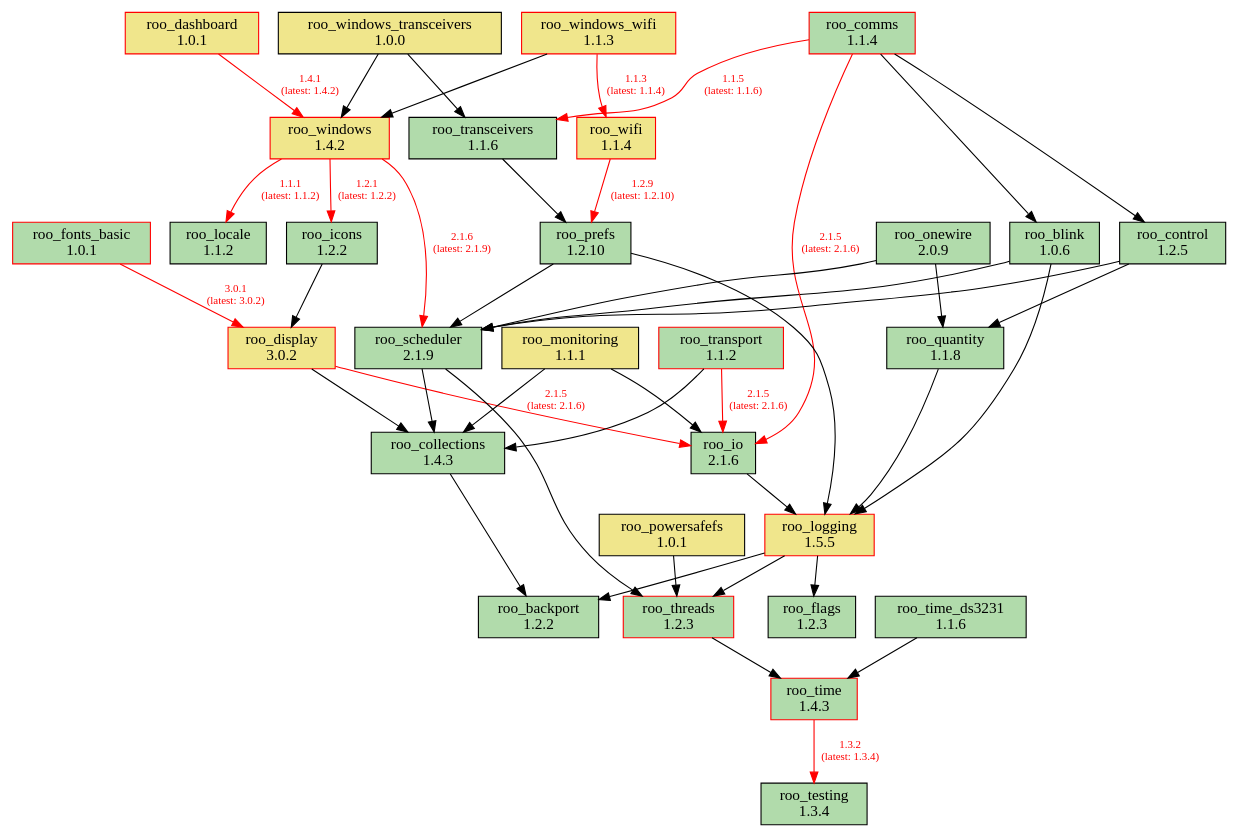
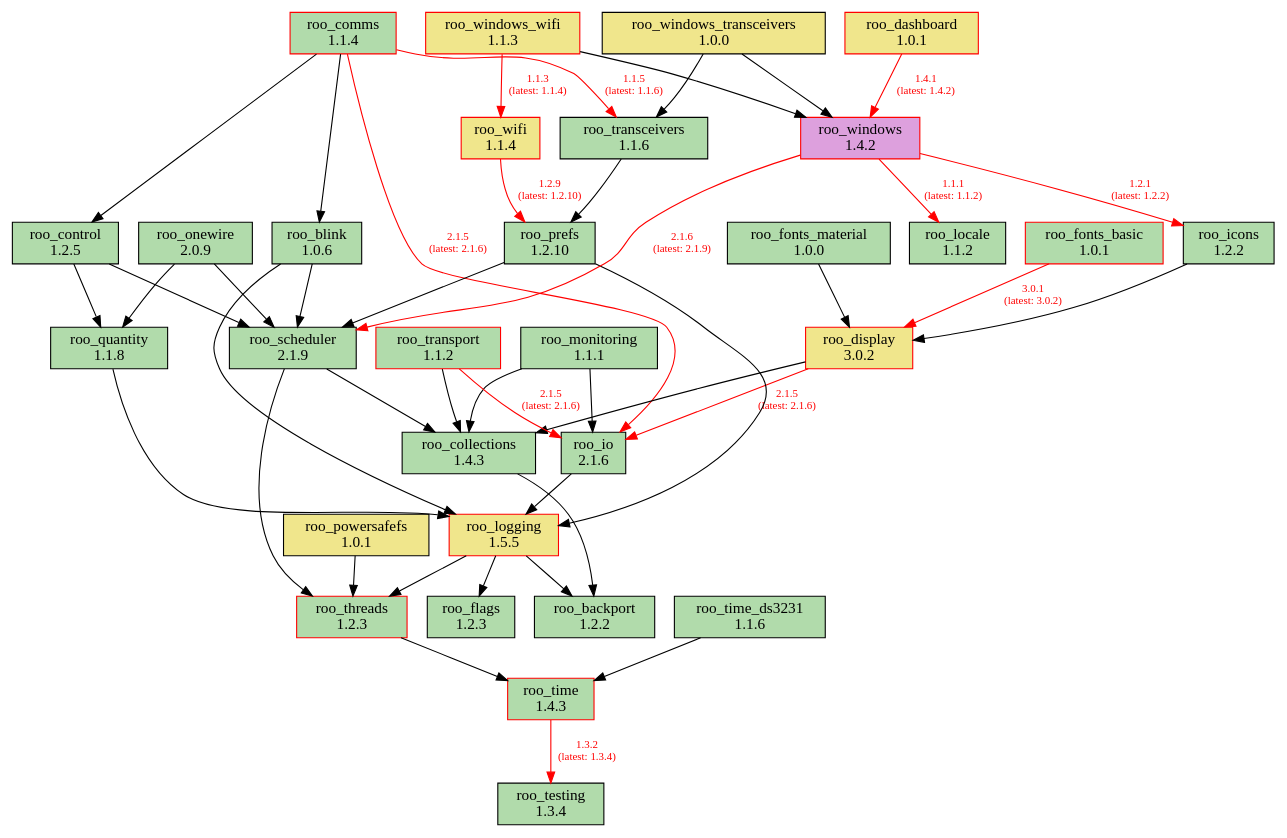
One commit to dejwk/roo-registry changed the diagram in doc/dependencies.dot. Above: the diagram before and after it, drawn with Graphviz. The commit also changed 3 other files, not shown here.

Commit message:
Added roo_fonts_material 1.0.0 to the registry.

```diff
--- a/doc/dependencies.dot
+++ b/doc/dependencies.dot
@@ -1,80 +1,82 @@
 digraph dependencies {
     rankdir=TB;
     node [shape=box, style=filled];
     edge [fontsize=10];
 
     // Modules
     "roo_backport" [label="roo_backport\n1.2.2", fillcolor="#b1dbab", color="black"];
     "roo_blink" [label="roo_blink\n1.0.6", fillcolor="#b1dbab", color="black"];
     "roo_collections" [label="roo_collections\n1.4.3", fillcolor="#b1dbab", color="black"];
     "roo_comms" [label="roo_comms\n1.1.4", fillcolor="#b1dbab", color="red"];
     "roo_control" [label="roo_control\n1.2.5", fillcolor="#b1dbab", color="black"];
     "roo_dashboard" [label="roo_dashboard\n1.0.1", fillcolor="khaki", color="red"];
     "roo_display" [label="roo_display\n3.0.2", fillcolor="khaki", color="red"];
     "roo_flags" [label="roo_flags\n1.2.3", fillcolor="#b1dbab", color="black"];
     "roo_fonts_basic" [label="roo_fonts_basic\n1.0.1", fillcolor="#b1dbab", color="red"];
+    "roo_fonts_material" [label="roo_fonts_material\n1.0.0", fillcolor="#b1dbab", color="black"];
     "roo_icons" [label="roo_icons\n1.2.2", fillcolor="#b1dbab", color="black"];
     "roo_io" [label="roo_io\n2.1.6", fillcolor="#b1dbab", color="black"];
     "roo_locale" [label="roo_locale\n1.1.2", fillcolor="#b1dbab", color="black"];
     "roo_logging" [label="roo_logging\n1.5.5", fillcolor="khaki", color="red"];
-    "roo_monitoring" [label="roo_monitoring\n1.1.1", fillcolor="khaki", color="black"];
+    "roo_monitoring" [label="roo_monitoring\n1.1.1", fillcolor="#b1dbab", color="black"];
     "roo_onewire" [label="roo_onewire\n2.0.9", fillcolor="#b1dbab", color="black"];
     "roo_powersafefs" [label="roo_powersafefs\n1.0.1", fillcolor="khaki", color="black"];
     "roo_prefs" [label="roo_prefs\n1.2.10", fillcolor="#b1dbab", color="black"];
     "roo_quantity" [label="roo_quantity\n1.1.8", fillcolor="#b1dbab", color="black"];
     "roo_scheduler" [label="roo_scheduler\n2.1.9", fillcolor="#b1dbab", color="black"];
     "roo_testing" [label="roo_testing\n1.3.4", fillcolor="#b1dbab", color="black"];
     "roo_threads" [label="roo_threads\n1.2.3", fillcolor="#b1dbab", color="red"];
     "roo_time" [label="roo_time\n1.4.3", fillcolor="#b1dbab", color="red"];
     "roo_time_ds3231" [label="roo_time_ds3231\n1.1.6", fillcolor="#b1dbab", color="black"];
     "roo_transceivers" [label="roo_transceivers\n1.1.6", fillcolor="#b1dbab", color="black"];
     "roo_transport" [label="roo_transport\n1.1.2", fillcolor="#b1dbab", color="red"];
     "roo_wifi" [label="roo_wifi\n1.1.4", fillcolor="khaki", color="red"];
-    "roo_windows" [label="roo_windows\n1.4.2", fillcolor="khaki", color="red"];
+    "roo_windows" [label="roo_windows\n1.4.2", fillcolor="plum", color="red"];
     "roo_windows_transceivers" [label="roo_windows_transceivers\n1.0.0", fillcolor="khaki", color="black"];
     "roo_windows_wifi" [label="roo_windows_wifi\n1.1.3", fillcolor="khaki", color="red"];
 
     // Dependencies
     "roo_blink" -> "roo_logging";
     "roo_blink" -> "roo_scheduler";
     "roo_collections" -> "roo_backport";
     "roo_comms" -> "roo_blink";
     "roo_comms" -> "roo_control";
     "roo_comms" -> "roo_io" [color=red, fontcolor=red, label="2.1.5\n(latest: 2.1.6)"];
     "roo_comms" -> "roo_transceivers" [color=red, fontcolor=red, label="1.1.5\n(latest: 1.1.6)"];
     "roo_control" -> "roo_quantity";
     "roo_control" -> "roo_scheduler";
     "roo_dashboard" -> "roo_windows" [color=red, fontcolor=red, label="1.4.1\n(latest: 1.4.2)"];
     "roo_display" -> "roo_collections";
     "roo_display" -> "roo_io" [color=red, fontcolor=red, label="2.1.5\n(latest: 2.1.6)"];
     "roo_fonts_basic" -> "roo_display" [color=red, fontcolor=red, label="3.0.1\n(latest: 3.0.2)"];
+    "roo_fonts_material" -> "roo_display";
     "roo_icons" -> "roo_display";
     "roo_io" -> "roo_logging";
     "roo_logging" -> "roo_backport";
     "roo_logging" -> "roo_flags";
     "roo_logging" -> "roo_threads";
     "roo_monitoring" -> "roo_collections";
     "roo_monitoring" -> "roo_io";
     "roo_onewire" -> "roo_scheduler";
     "roo_onewire" -> "roo_quantity";
     "roo_powersafefs" -> "roo_threads";
     "roo_prefs" -> "roo_logging";
     "roo_prefs" -> "roo_scheduler";
     "roo_quantity" -> "roo_logging";
     "roo_scheduler" -> "roo_collections";
     "roo_scheduler" -> "roo_threads";
     "roo_threads" -> "roo_time";
     "roo_time" -> "roo_testing" [color=red, fontcolor=red, label="1.3.2\n(latest: 1.3.4)"];
     "roo_time_ds3231" -> "roo_time";
     "roo_transceivers" -> "roo_prefs";
     "roo_transport" -> "roo_collections";
     "roo_transport" -> "roo_io" [color=red, fontcolor=red, label="2.1.5\n(latest: 2.1.6)"];
     "roo_wifi" -> "roo_prefs" [color=red, fontcolor=red, label="1.2.9\n(latest: 1.2.10)"];
     "roo_windows" -> "roo_locale" [color=red, fontcolor=red, label="1.1.1\n(latest: 1.1.2)"];
     "roo_windows" -> "roo_icons" [color=red, fontcolor=red, label="1.2.1\n(latest: 1.2.2)"];
     "roo_windows" -> "roo_scheduler" [color=red, fontcolor=red, label="2.1.6\n(latest: 2.1.9)"];
     "roo_windows_transceivers" -> "roo_transceivers";
     "roo_windows_transceivers" -> "roo_windows";
     "roo_windows_wifi" -> "roo_wifi" [color=red, fontcolor=red, label="1.1.3\n(latest: 1.1.4)"];
     "roo_windows_wifi" -> "roo_windows";
 }
```
